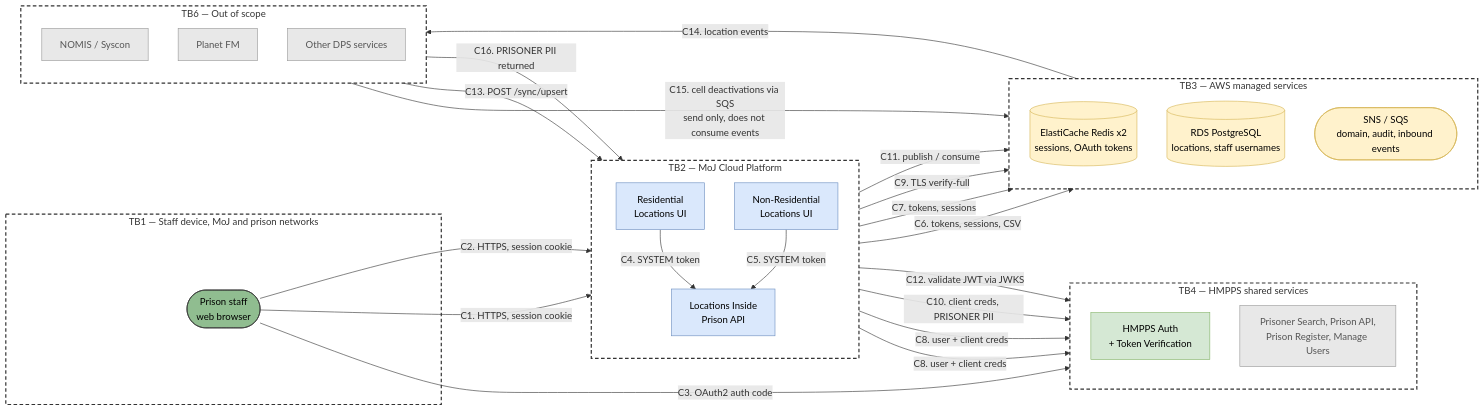
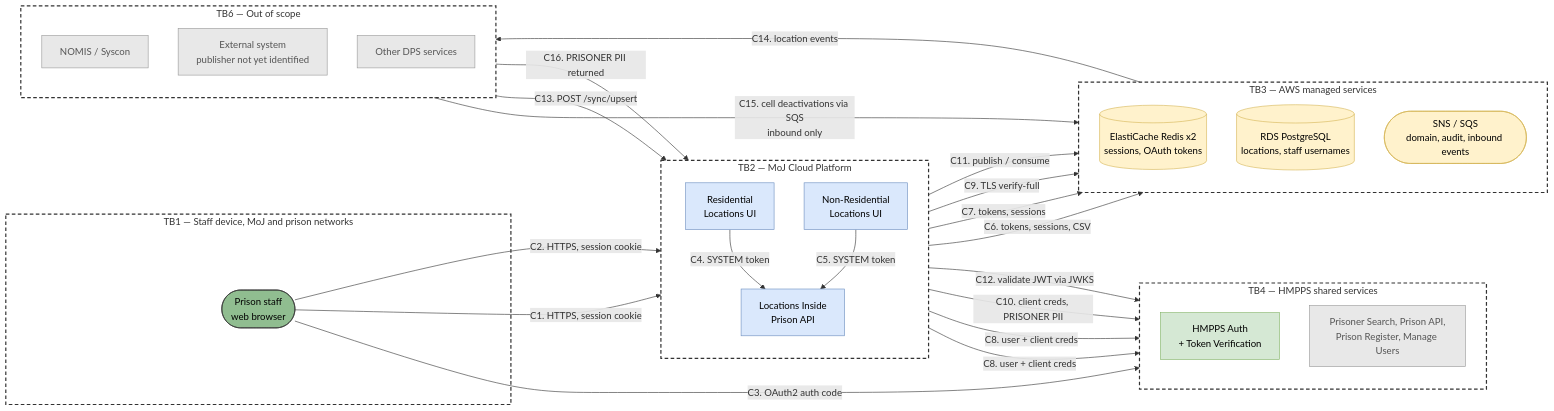
The first of 4 diagrams in docs/data-flow-diagram.md (ministryofjustice/hmpps-locations-inside-prison-api), drawn with Mermaid before and after one commit. The commit also changed other lines of this file and 1 other file, not shown here.

First line of the commit message:
MAPA-203 Remove Planet FM as a service from the diagrams

````diff
--- a/docs/data-flow-diagram.md
+++ b/docs/data-flow-diagram.md
@@ -33,68 +33,68 @@
 ```mermaid
 flowchart LR
 
   subgraph tb1["TB1 — Staff device, MoJ and prison networks"]
     staff(["Prison staff<br/>web browser"])
   end
 
   subgraph tb2["TB2 — MoJ Cloud Platform"]
     direction TB
     resiUi["Residential<br/>Locations UI"]
     nonResiUi["Non-Residential<br/>Locations UI"]
     api["Locations Inside<br/>Prison API"]
   end
 
   subgraph tb3["TB3 — AWS managed services"]
     direction TB
     redis[("ElastiCache Redis x2<br/>sessions, OAuth tokens")]
     rds[("RDS PostgreSQL<br/>locations, staff usernames")]
     events(["SNS / SQS<br/>domain, audit, inbound events"])
   end
 
   subgraph tb4["TB4 — HMPPS shared services"]
     direction TB
     auth["HMPPS Auth<br/>+ Token Verification"]
     shared["Prisoner Search, Prison API,<br/>Prison Register, Manage Users"]
   end
 
   subgraph tb6["TB6 — Out of scope"]
     direction TB
     nomis["NOMIS / Syscon"]
-    planetfm["Planet FM"]
+    extSystem["External system<br/>publisher not yet identified"]
     dps["Other DPS services"]
   end
 
   staff -->|"C1. HTTPS, session cookie"| resiUi
   staff -->|"C2. HTTPS, session cookie"| nonResiUi
   staff -->|"C3. OAuth2 auth code"| auth
 
   resiUi -->|"C4. SYSTEM token"| api
   nonResiUi -->|"C5. SYSTEM token"| api
   resiUi -->|"C6. tokens, sessions, CSV"| redis
   nonResiUi -->|"C7. tokens, sessions"| redis
   resiUi & nonResiUi -->|"C8. user + client creds"| auth
 
   api -->|"C9. TLS verify-full"| rds
   api -->|"C10. client creds, PRISONER PII"| shared
   api -->|"C11. publish / consume"| events
   api -->|"C12. validate JWT via JWKS"| auth
 
   nomis -->|"C13. POST /sync/upsert"| api
   events -->|"C14. location events"| nomis
-  planetfm -->|"C15. cell deactivations via SQS<br/>send only, does not consume events"| events
+  extSystem -->|"C15. cell deactivations via SQS<br/>inbound only"| events
   dps -->|"C16. PRISONER PII returned"| api
 
   classDef boundary fill:none,stroke:#333,stroke-width:2px,stroke-dasharray: 6 4
   classDef outOfScope fill:#e8e8e8,stroke:#999,color:#555
   classDef store fill:#fff2cc,stroke:#d6b656,color:#000
   classDef process fill:#dae8fc,stroke:#6c8ebf,color:#000
   classDef external fill:#d5e8d4,stroke:#82b366,color:#000
   classDef actor fill:#90BD90,stroke:#333,color:#000
 
   class tb1,tb2,tb3,tb4,tb6 boundary
-  class nomis,planetfm,dps,shared outOfScope
+  class nomis,extSystem,dps,shared outOfScope
   class redis,rds,events store
   class resiUi,nonResiUi,api process
   class auth external
   class staff actor
 ```
````
